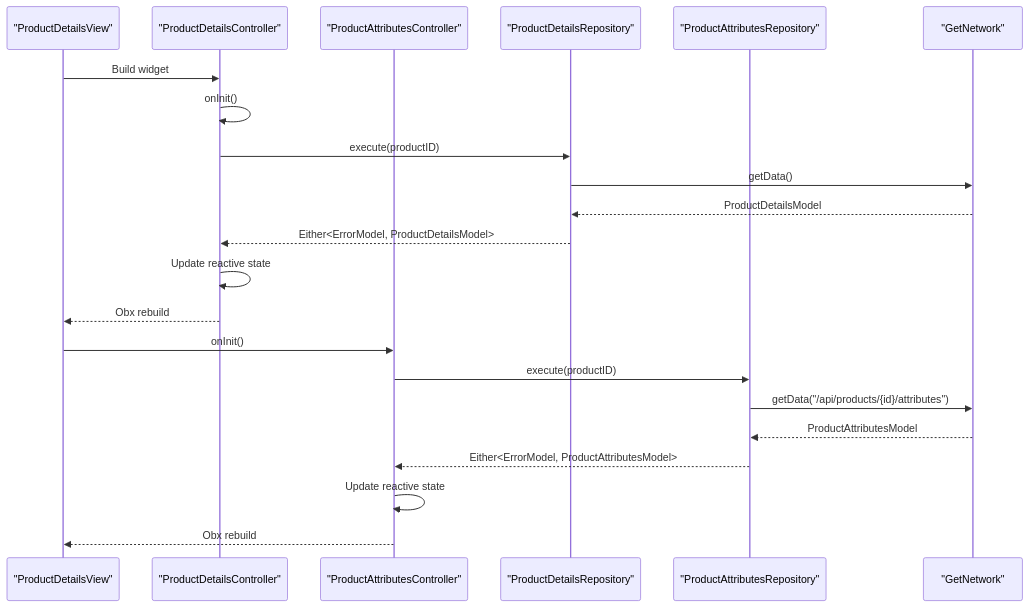
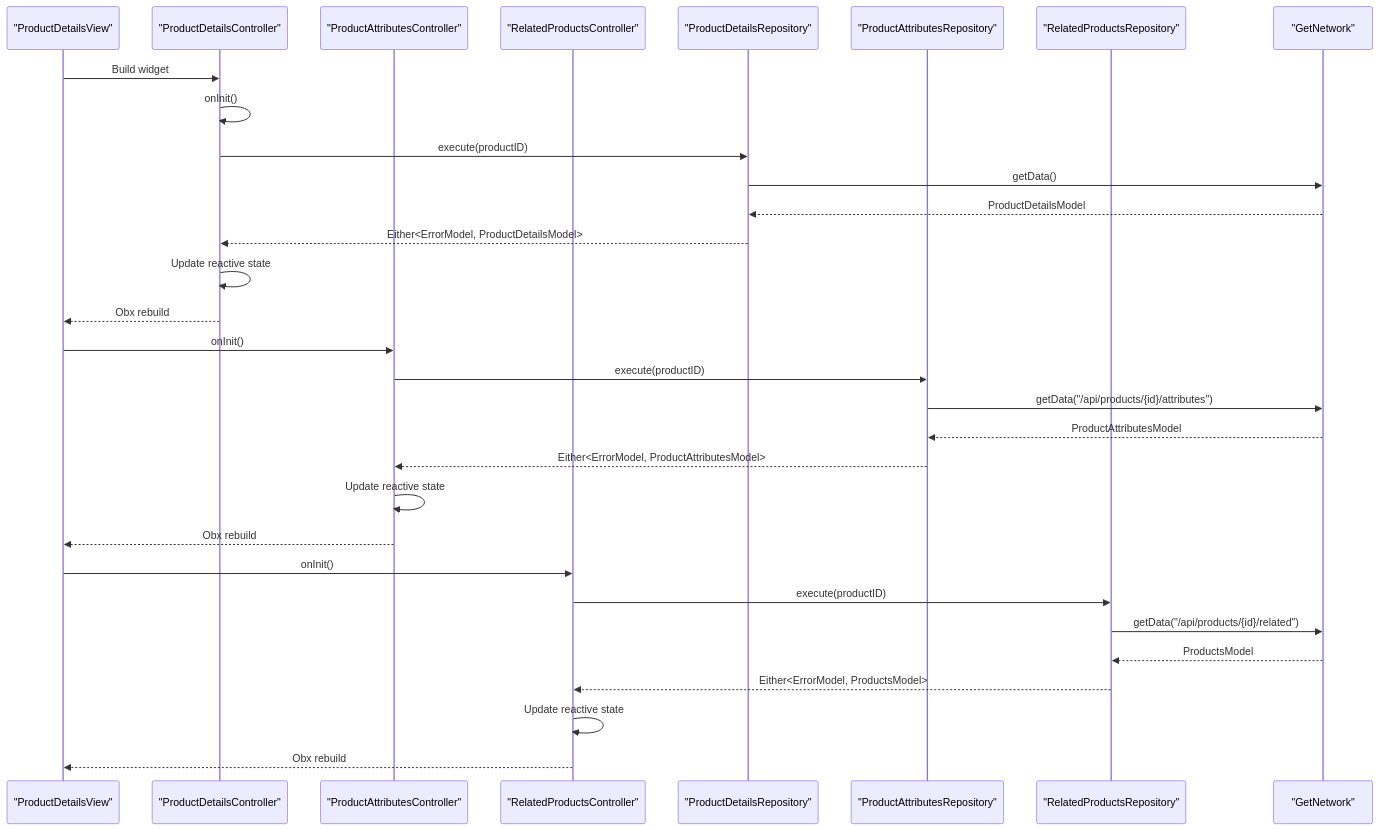
The third of 4 diagrams in .qoder/repowiki/en/content/Core Features/E-commerce Platform/Product Details and Information.md (Ariful3111/FurniGo), drawn with Mermaid before and after one commit. The commit also changed other lines of this file and 15 other files, not shown here.

````diff
--- a/.qoder/repowiki/en/content/Core Features/E-commerce Platform/Product Details and Information.md
+++ b/.qoder/repowiki/en/content/Core Features/E-commerce Platform/Product Details and Information.md
@@ -341,24 +399,33 @@
 ```mermaid
 sequenceDiagram
 participant V as "ProductDetailsView"
 participant C as "ProductDetailsController"
 participant AR as "ProductAttributesController"
+participant RC as "RelatedProductsController"
 participant DR as "ProductDetailsRepository"
 participant ARR as "ProductAttributesRepository"
+participant RPR as "RelatedProductsRepository"
 participant N as "GetNetwork"
 V->>C : Build widget
 C->>C : onInit()
 C->>DR : execute(productID)
 DR->>N : getData()
 N-->>DR : ProductDetailsModel
 DR-->>C : Either<ErrorModel, ProductDetailsModel>
 C->>C : Update reactive state
 C-->>V : Obx rebuild
 V->>AR : onInit()
 AR->>ARR : execute(productID)
 ARR->>N : getData("/api/products/{id}/attributes")
 N-->>ARR : ProductAttributesModel
 ARR-->>AR : Either<ErrorModel, ProductAttributesModel>
 AR->>AR : Update reactive state
 AR-->>V : Obx rebuild
+V->>RC : onInit()
+RC->>RPR : execute(productID)
+RPR->>N : getData("/api/products/{id}/related")
+N-->>RPR : ProductsModel
+RPR-->>RC : Either<ErrorModel, ProductsModel>
+RC->>RC : Update reactive state
+RC-->>V : Obx rebuild
 ```
````
